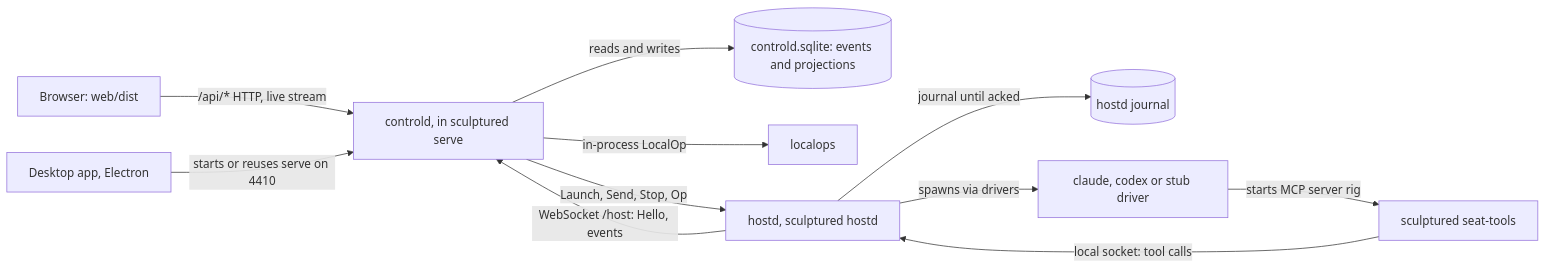
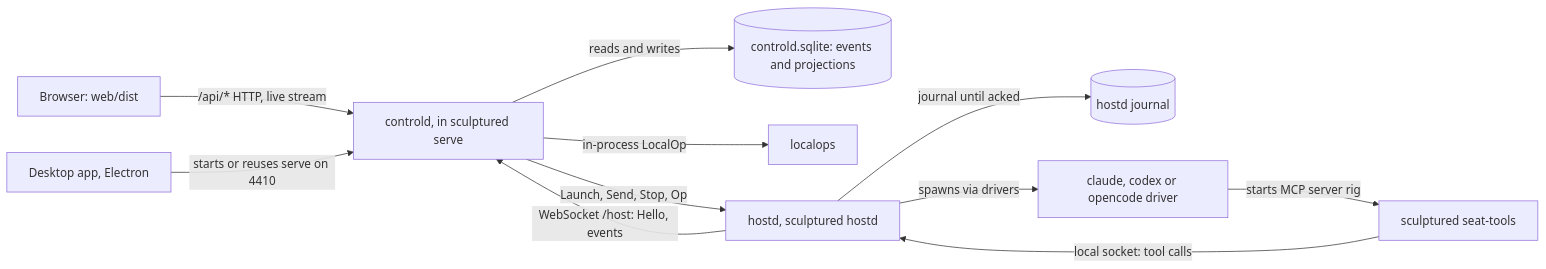
The second of 3 diagrams in docs/internals/overview.md (Sculptured/Sculptured), drawn with Mermaid before and after one commit. The commit also changed other lines of this file and 31 other files, not shown here.

````diff
--- a/docs/internals/overview.md
+++ b/docs/internals/overview.md
@@ -39,13 +39,13 @@
 ```mermaid
 flowchart LR
   B["Browser: web/dist"] -- "/api/* HTTP, live stream" --> C["controld, in sculptured serve"]
   C -- "reads and writes" --> DB[("controld.sqlite: events and projections")]
   C -- "in-process LocalOp" --> LO["localops"]
   H["hostd, sculptured hostd"] -- "WebSocket /host: Hello, events" --> C
   C -- "Launch, Send, Stop, Op" --> H
   H -- "journal until acked" --> J[("hostd journal")]
-  H -- "spawns via drivers" --> CLI["claude, codex or stub driver"]
+  H -- "spawns via drivers" --> CLI["claude, codex or opencode driver"]
   CLI -- "starts MCP server rig" --> ST["sculptured seat-tools"]
   ST -- "local socket: tool calls" --> H
   E["Desktop app, Electron"] -- "starts or reuses serve on 4410" --> C
 ```
````
